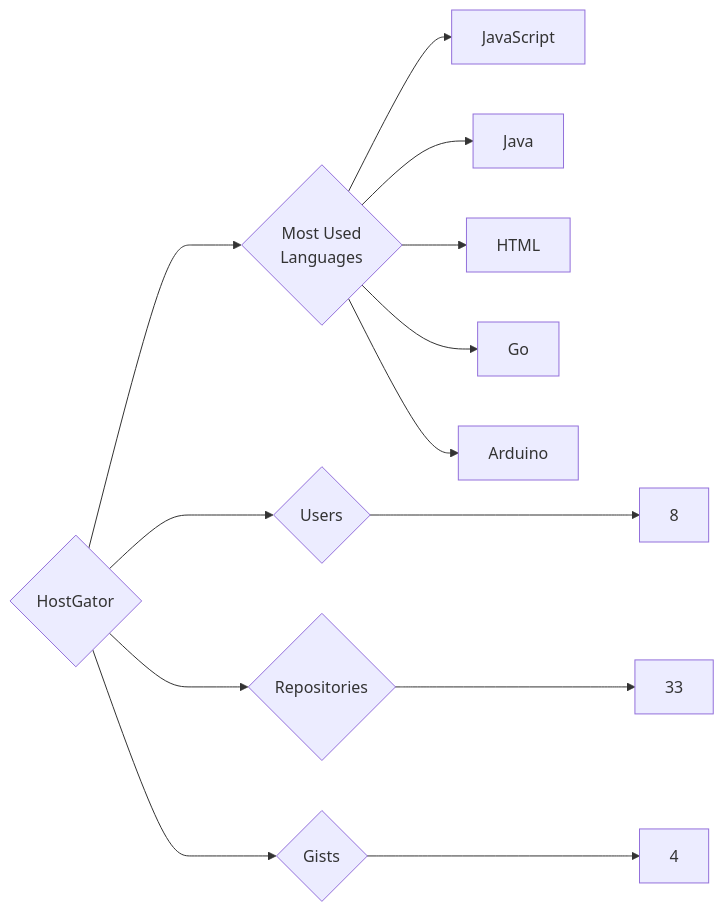
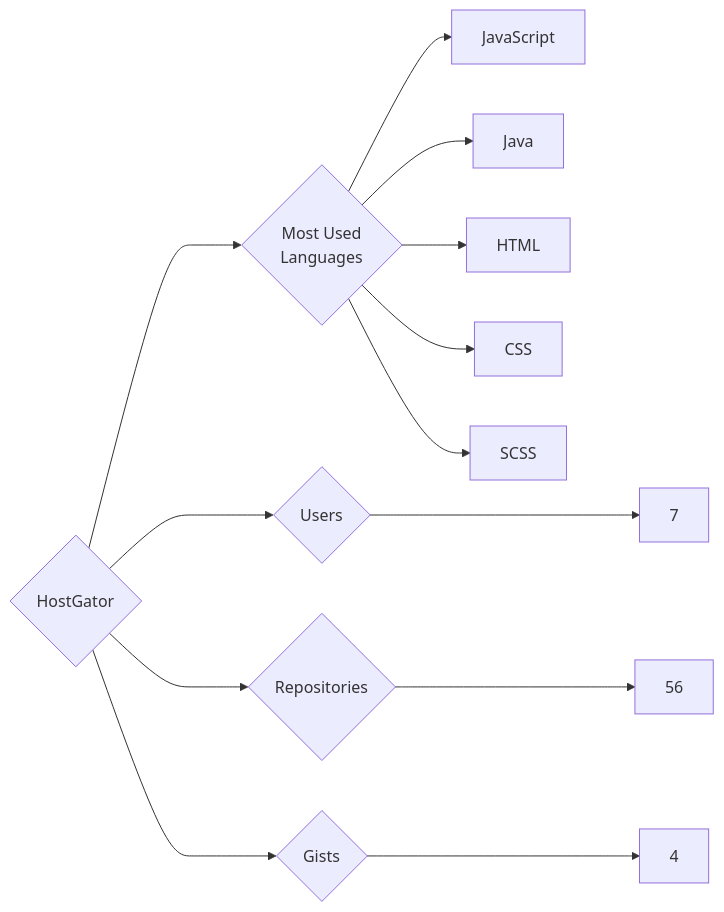
Before and after one commit to trickest/insiders: the diagram in targets/HostGator/README.md, drawn with Mermaid. The commit also changed 1167 other files, not shown here.

````diff
--- a/targets/HostGator/README.md
+++ b/targets/HostGator/README.md
@@ -3,13 +3,13 @@
 ```mermaid
 graph LR
 COMPANY_NAME{HostGator}
-COMPANY_NAME ---> U{Users} ---> UN[8]
-COMPANY_NAME ---> R{Repositories} ---> RN[33]
+COMPANY_NAME ---> U{Users} ---> UN[7]
+COMPANY_NAME ---> R{Repositories} ---> RN[56]
 COMPANY_NAME ---> G{Gists} ---> GN[4]
 COMPANY_NAME ---> ML{Most Used<br>Languages}
 ML --> JavaScript[JavaScript]
 ML --> Java[Java]
 ML --> HTML[HTML]
-ML --> Go[Go]
-ML --> Arduino[Arduino]
+ML --> CSS[CSS]
+ML --> SCSS[SCSS]
 ```
````
